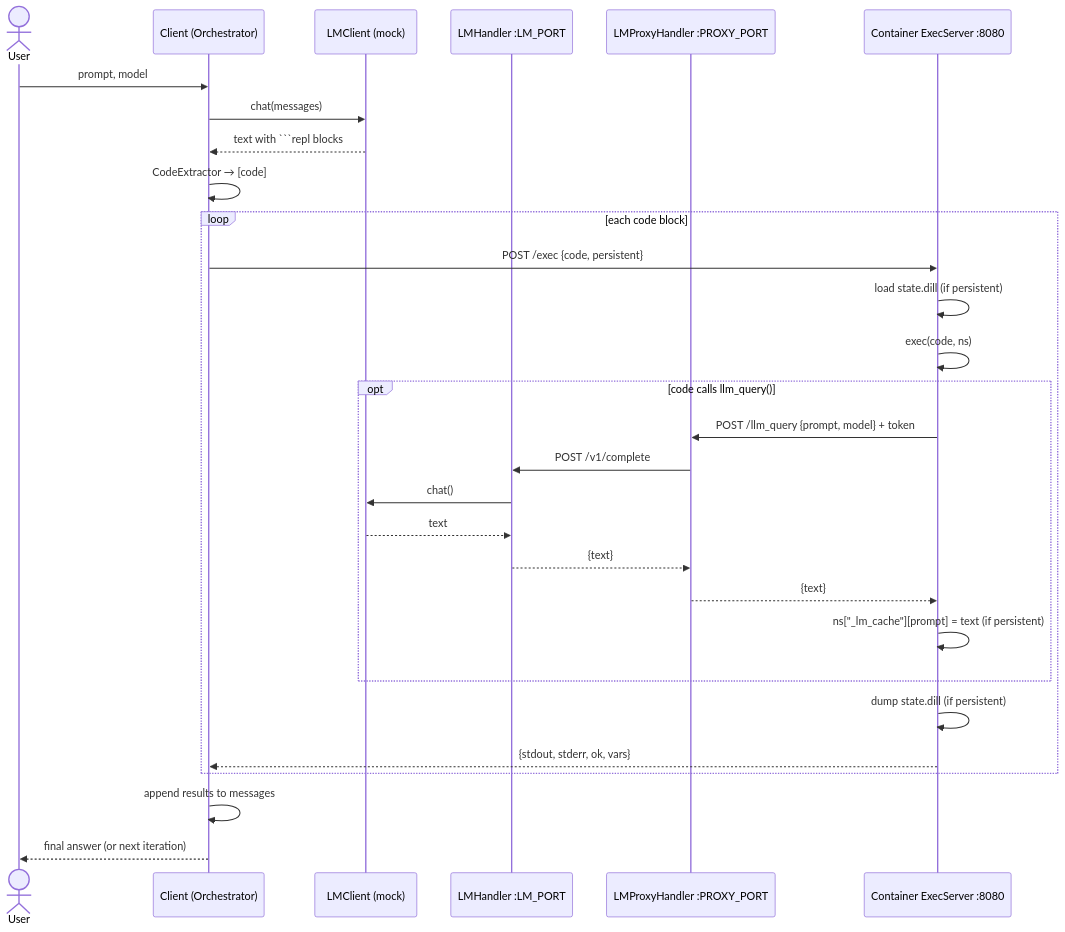
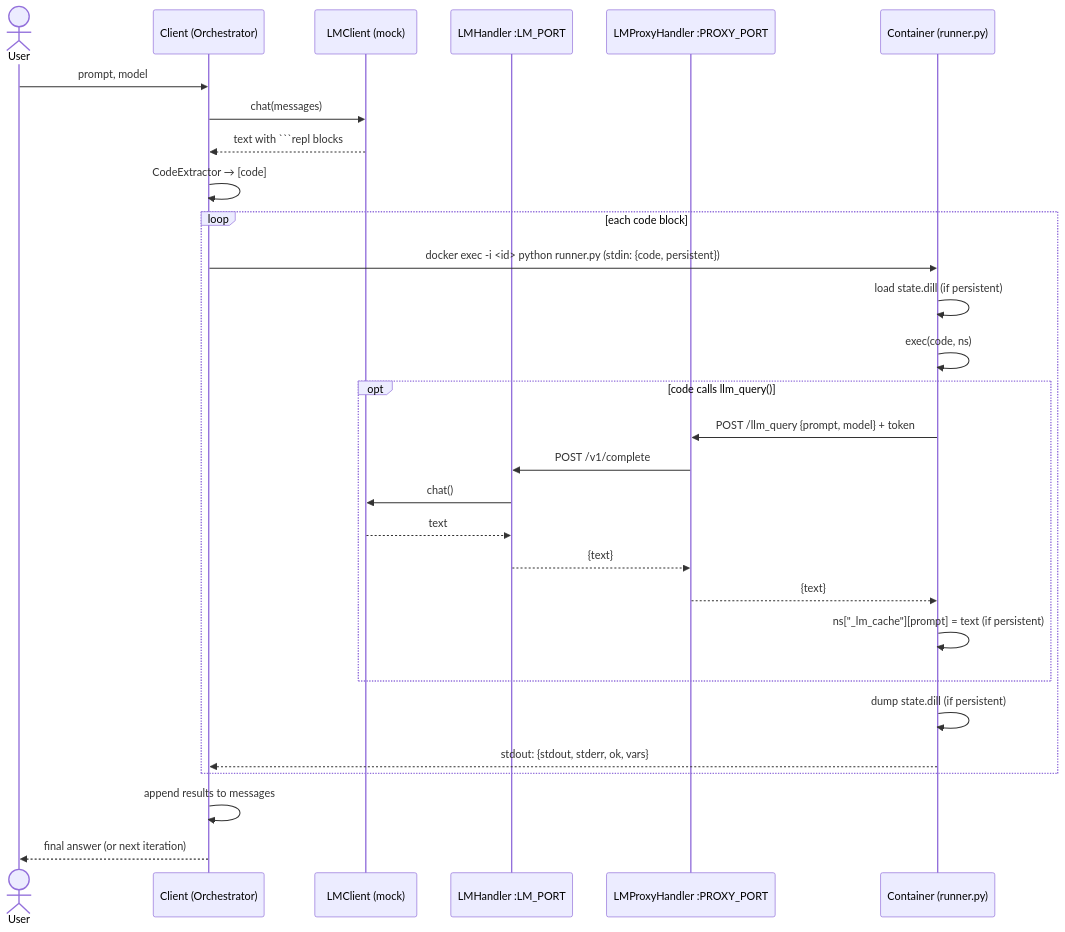
The diagram in docs/ARCHITECTURE.md (zhuy-seattleu/DockerREPL), drawn with Mermaid before and after one commit. The commit also changed other lines of this file, not shown here.

First line of the commit message:
Use docker exec via ContainerManager context manager instead of in-container exec server

````diff
--- a/docs/ARCHITECTURE.md
+++ b/docs/ARCHITECTURE.md
@@ -83,32 +126,32 @@
 ```mermaid
 sequenceDiagram
     actor U as User
     participant C as Client (Orchestrator)
     participant LM as LMClient (mock)
     participant H as LMHandler :LM_PORT
     participant P as LMProxyHandler :PROXY_PORT
-    participant X as Container ExecServer :8080
+    participant X as Container (runner.py)
 
     U->>C: prompt, model
     C->>LM: chat(messages)
     LM-->>C: text with ```repl blocks
     C->>C: CodeExtractor → [code]
     loop each code block
-        C->>X: POST /exec {code, persistent}
+        C->>X: docker exec -i <id> python runner.py  (stdin: {code, persistent})
         X->>X: load state.dill (if persistent)
         X->>X: exec(code, ns)
         opt code calls llm_query()
             X->>P: POST /llm_query {prompt, model} + token
             P->>H: POST /v1/complete
             H->>LM: chat()
             LM-->>H: text
             H-->>P: {text}
             P-->>X: {text}
             X->>X: ns["_lm_cache"][prompt] = text (if persistent)
         end
         X->>X: dump state.dill (if persistent)
-        X-->>C: {stdout, stderr, ok, vars}
+        X-->>C: stdout: {stdout, stderr, ok, vars}
     end
     C->>C: append results to messages
     C-->>U: final answer (or next iteration)
 ```
````
